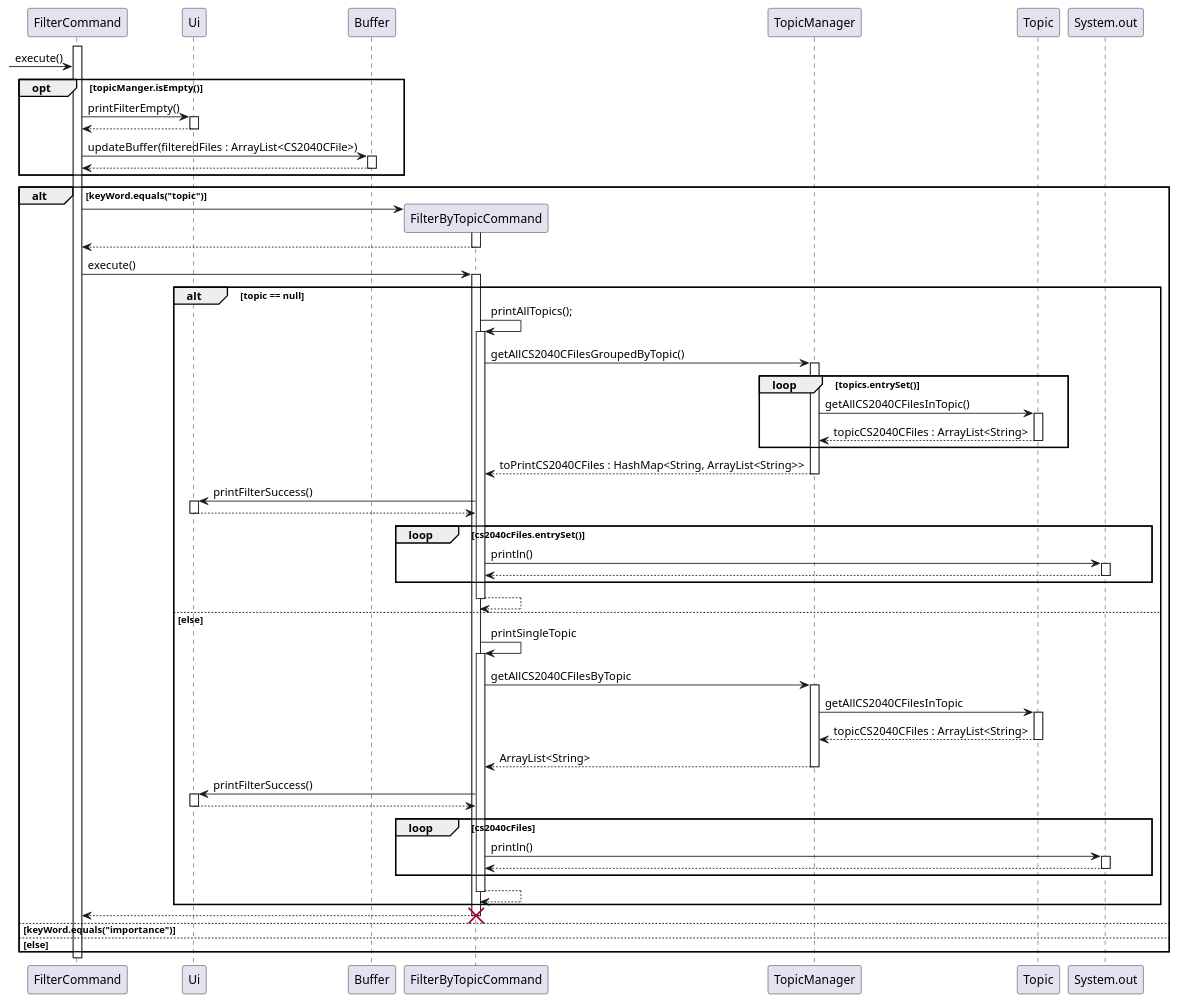
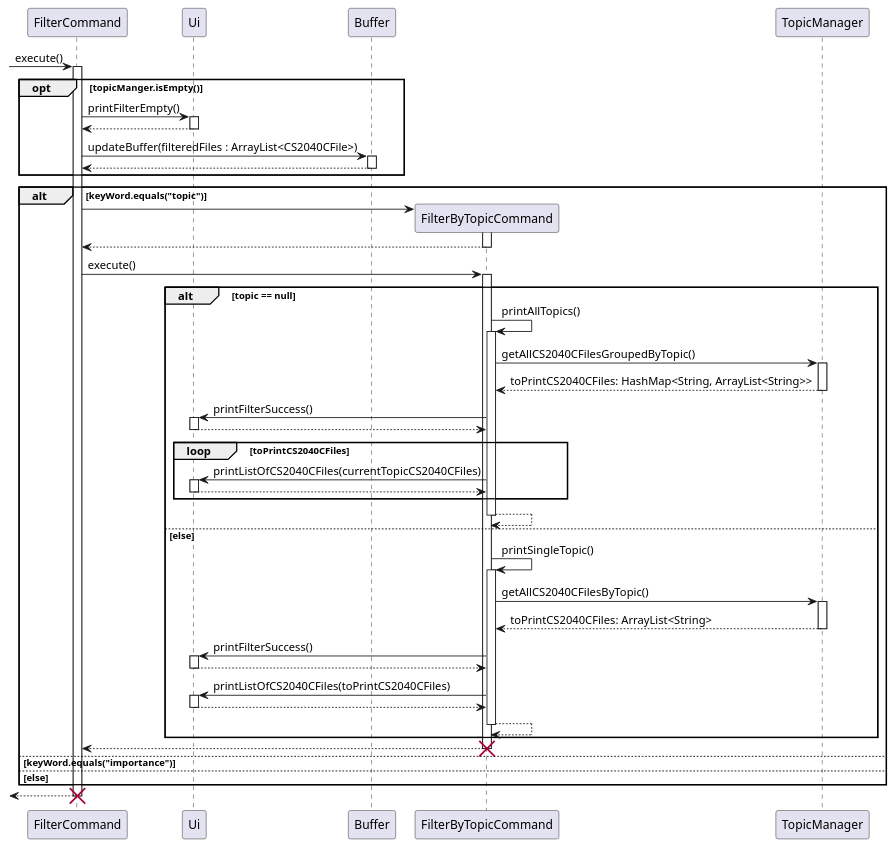
One commit to ong-ck/tp changed the diagram in docs/sequence-diagrams/source-files/FilterByTopic.puml. Above: the diagram before and after it, drawn with PlantUML. The commit also changed 4 other files, not shown here.

Commit message:
Update FilterCommand sequence diagram to make it concise

```diff
--- a/docs/sequence-diagrams/source-files/FilterByTopic.puml
+++ b/docs/sequence-diagrams/source-files/FilterByTopic.puml
@@ -1,69 +1,59 @@
 @startuml
+-> FilterCommand : execute()
 activate FilterCommand
-
--> FilterCommand : execute()
     opt topicManger.isEmpty()
         FilterCommand -> Ui : printFilterEmpty()
         activate Ui
         return
         FilterCommand -> Buffer : updateBuffer(filteredFiles : ArrayList<CS2040CFile>)
         activate Buffer
         return
     end
     alt keyWord.equals("topic")
         FilterCommand -> FilterByTopicCommand **
         activate FilterByTopicCommand
         return
 
         FilterCommand -> FilterByTopicCommand : execute()
         activate FilterByTopicCommand
             alt topic == null
-                FilterByTopicCommand -> FilterByTopicCommand : printAllTopics();
+                FilterByTopicCommand -> FilterByTopicCommand : printAllTopics()
                 activate FilterByTopicCommand
                     FilterByTopicCommand -> TopicManager : getAllCS2040CFilesGroupedByTopic()
                     activate TopicManager
-                        loop topics.entrySet()
-                            TopicManager -> Topic : getAllCS2040CFilesInTopic()
-                            activate Topic
-                            return topicCS2040CFiles : ArrayList<String>
-                        end
-                    return toPrintCS2040CFiles : HashMap<String, ArrayList<String>>
+                    return toPrintCS2040CFiles: HashMap<String, ArrayList<String>>
 
                     FilterByTopicCommand -> Ui : printFilterSuccess()
                     activate Ui
                     return
 
-                    loop cs2040cFiles.entrySet()
-                        FilterByTopicCommand -> System.out : println()
-                        activate System.out
+                    loop toPrintCS2040CFiles
+                        FilterByTopicCommand -> Ui : printListOfCS2040CFiles(currentTopicCS2040CFiles)
+                        activate Ui
                         return
                     end
                 return
             else else
-                FilterByTopicCommand -> FilterByTopicCommand : printSingleTopic
+                FilterByTopicCommand -> FilterByTopicCommand : printSingleTopic()
                 activate FilterByTopicCommand
-                    FilterByTopicCommand -> TopicManager : getAllCS2040CFilesByTopic
+                    FilterByTopicCommand -> TopicManager : getAllCS2040CFilesByTopic()
                     activate TopicManager
-                        TopicManager -> Topic : getAllCS2040CFilesInTopic
-                        activate Topic
-                        return topicCS2040CFiles : ArrayList<String>
-                    return ArrayList<String>
+                    return toPrintCS2040CFiles: ArrayList<String>
 
                     FilterByTopicCommand -> Ui : printFilterSuccess()
                     activate Ui
                     return
 
-                    loop cs2040cFiles
-                        FilterByTopicCommand -> System.out : println()
-                        activate System.out
-                        return
-                    end
+                    FilterByTopicCommand -> Ui : printListOfCS2040CFiles(toPrintCS2040CFiles)
+                    activate Ui
+                    return
                 return
             end
         return
         destroy FilterByTopicCommand
     else keyWord.equals("importance")
     else else
     end
-    deactivate FilterCommand
+return
+destroy FilterCommand
 @enduml
```
